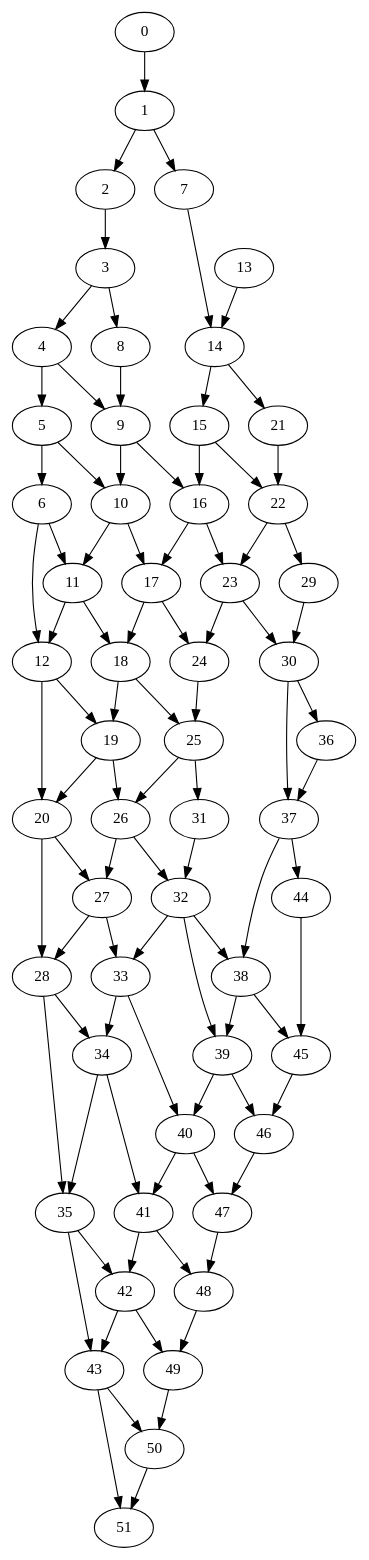
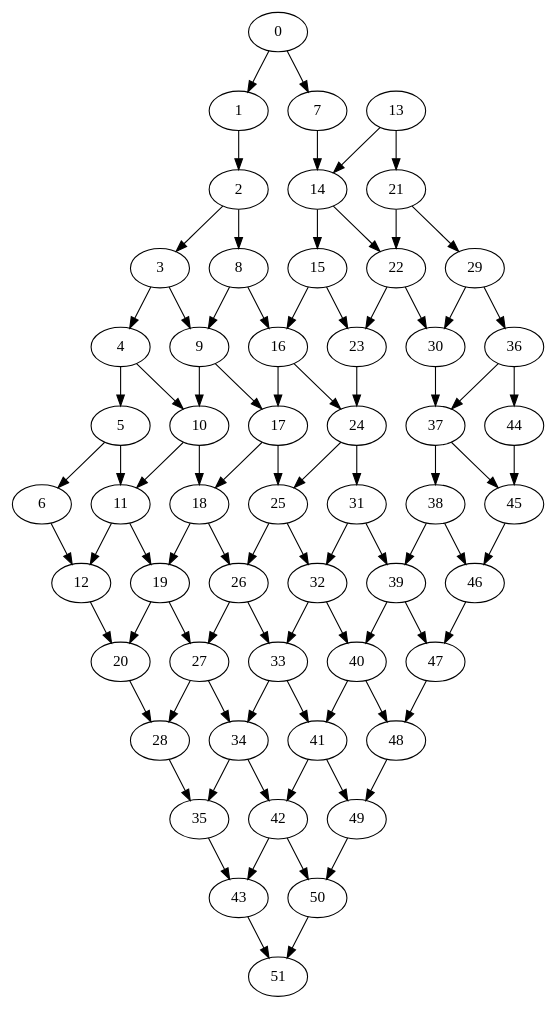
The diagram in dot/graph52e.txt.dot (nox-x/finder), drawn with Graphviz before and after one commit. The commit also changed 23 other files, not shown here.

```diff
--- a/dot/graph52e.txt.dot
+++ b/dot/graph52e.txt.dot
@@ -1,54 +1,87 @@
 digraph G {
-32 -> 38
-0 -> 1 -> 7
+0 -> 1
+0 -> 7
 1 -> 2
-2 -> 3 -> 8
-3 -> 4 -> 9
-4 -> 5 -> 10
-5 -> 6 -> 11
+2 -> 3
+2 -> 8
+3 -> 4
+3 -> 9
+4 -> 5
+4 -> 10
+5 -> 6
+5 -> 11
 6 -> 12
 7 -> 14
-8 -> 9 -> 16
-9 -> 10 -> 17
-10 -> 11 -> 18
-11 -> 12 -> 19
+8 -> 9
+8 -> 16
+9 -> 10
+9 -> 17
+10 -> 11
+10 -> 18
+11 -> 12
+11 -> 19
 12 -> 20
-13 -> 14 -> 21
-14 -> 15 -> 22
-15 -> 16 -> 23
-16 -> 17 -> 24
-17 -> 18 -> 25
-18 -> 19 -> 26
-19 -> 20 -> 27
+13 -> 14
+13 -> 21
+14 -> 15
+14 -> 22
+15 -> 16
+15 -> 23
+16 -> 17
+16 -> 24
+17 -> 18
+17 -> 25
+18 -> 19
+18 -> 26
+19 -> 20
+19 -> 27
 20 -> 28
-21 -> 22 -> 29
-22 -> 23 -> 30
+21 -> 22
+21 -> 29
+22 -> 23
+22 -> 30
 23 -> 24
-24 -> 25 -> 31
-25 -> 26 -> 32
-26 -> 27 -> 33
-27 -> 28 -> 34
+24 -> 25
+24 -> 31
+25 -> 26
+25 -> 32
+26 -> 27
+26 -> 33
+27 -> 28
+27 -> 34
 28 -> 35
-29 -> 30 -> 36
+29 -> 30
+29 -> 36
 30 -> 37
-31 -> 32 -> 39
-32 -> 33 -> 40
-33 -> 34 -> 41
-34 -> 35 -> 42
+31 -> 32
+31 -> 39
+32 -> 33
+32 -> 40
+33 -> 34
+33 -> 41
+34 -> 35
+34 -> 42
 35 -> 43
-36 -> 37 -> 44
-37 -> 38 -> 45
-38 -> 39 -> 46
-39 -> 40 -> 47
-40 -> 41 -> 48
-41 -> 42 -> 49
-42 -> 43 -> 50
+36 -> 37
+36 -> 44
+37 -> 38
+37 -> 45
+38 -> 39
+38 -> 46
+39 -> 40
+39 -> 47
+40 -> 41
+40 -> 48
+41 -> 42
+41 -> 49
+42 -> 43
+42 -> 50
 43 -> 51
 44 -> 45
 45 -> 46
 46 -> 47
 47 -> 48
 48 -> 49
 49 -> 50
 50 -> 51
-51}
+}
```
